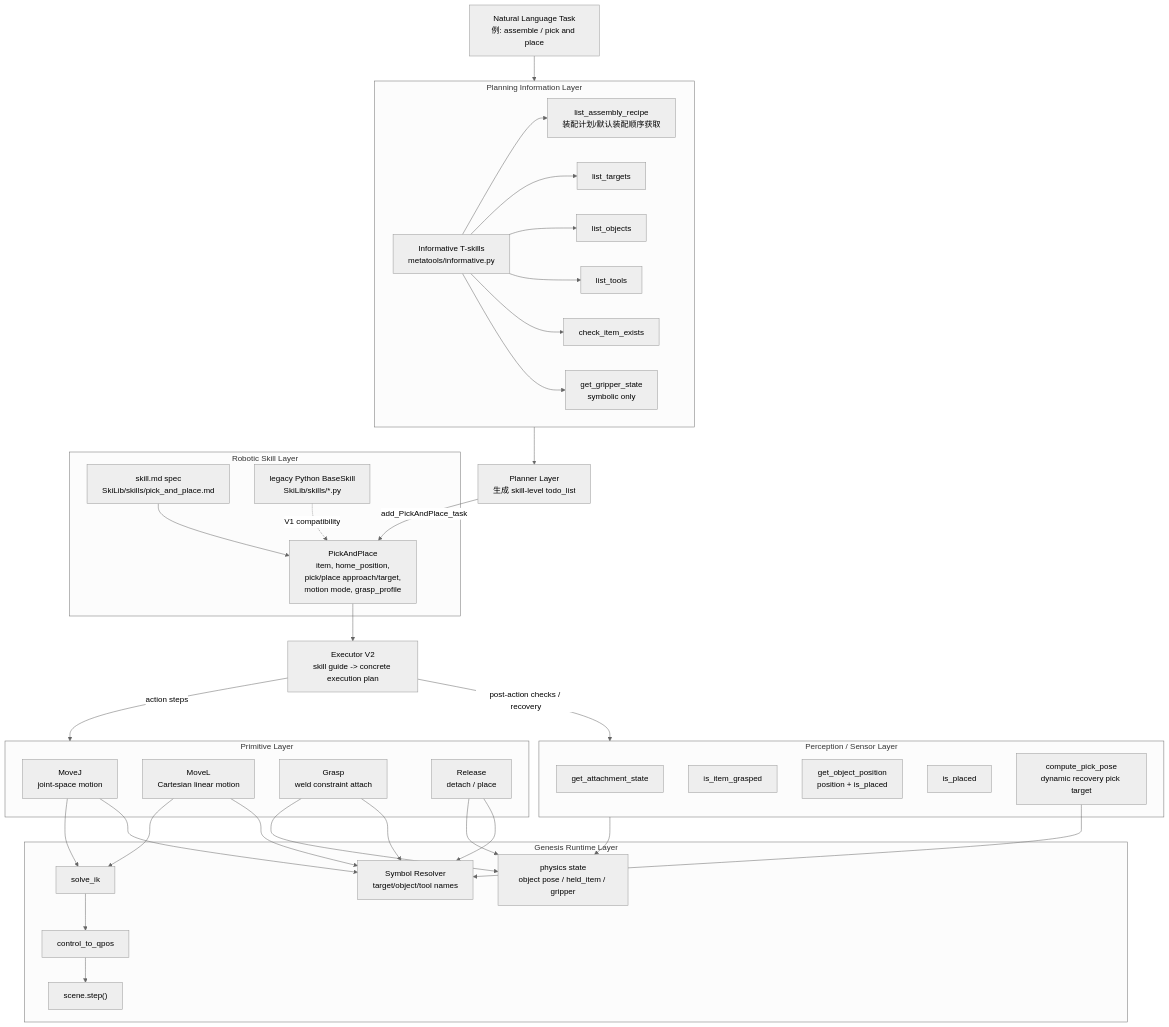
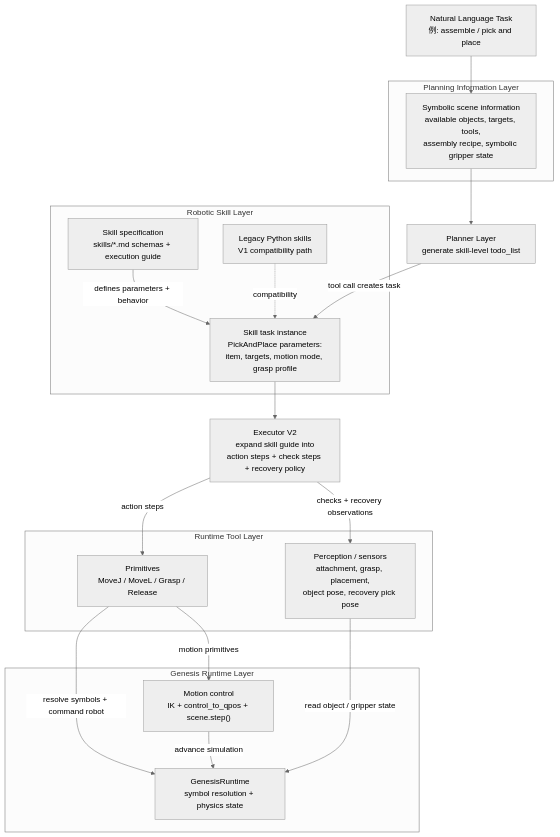
The third of 4 diagrams in PROJECT_MERMAID_SUMMARY.md (SniperPigeon/RoboSkiAgent), drawn with Mermaid (neutral theme) before and after one commit. The commit also changed other lines of this file, not shown here.

````diff
--- a/PROJECT_MERMAID_SUMMARY.md
+++ b/PROJECT_MERMAID_SUMMARY.md
@@ -140,76 +91,40 @@
 ```mermaid
 flowchart TB
-    NL["Natural Language Task<br/>例: assemble / pick and place"] --> SupLayer
+    NL["Natural Language Task<br/>例: assemble / pick and place"] --> PlanningInfo
 
-    subgraph SupLayer["Planning Information Layer"]
-        Meta["Informative T-skills<br/>metatools/informative.py"]
-        ListRecipe["list_assembly_recipe<br/>装配计划/默认装配顺序获取"]
-        ListTargets["list_targets"]
-        ListObjects["list_objects"]
-        ListTools["list_tools"]
-        CheckExists["check_item_exists"]
-        GripStatePlan["get_gripper_state<br/>symbolic only"]
+    subgraph PlanningLayer["Planning Information Layer"]
+        PlanningInfo["Symbolic scene information<br/>available objects, targets, tools,<br/>assembly recipe, symbolic gripper state"]
     end
 
-    Meta --> ListRecipe
-    Meta --> ListTargets
-    Meta --> ListObjects
-    Meta --> ListTools
-    Meta --> CheckExists
-    Meta --> GripStatePlan
-
-    SupLayer --> PlannerLayer["Planner Layer<br/>生成 skill-level todo_list"]
+    PlanningInfo --> PlannerLayer["Planner Layer<br/>generate skill-level todo_list"]
 
     subgraph SkillLayer["Robotic Skill Layer"]
-        MdSkill["skill.md spec<br/>SkiLib/skills/pick_and_place.md"]
-        PickPlace["PickAndPlace<br/>item, home_position,<br/>pick/place approach/target,<br/>motion mode, grasp_profile"]
-        PySkill["legacy Python BaseSkill<br/>SkiLib/skills/*.py"]
+        SkillSpec["Skill specification<br/>skills/*.md schemas + execution guide"]
+        SkillTask["Skill task instance<br/>PickAndPlace parameters:<br/>item, targets, motion mode, grasp profile"]
+        LegacySkill["Legacy Python skills<br/>V1 compatibility path"]
     end
 
-    PlannerLayer -->|"add_PickAndPlace_task"| PickPlace
-    MdSkill --> PickPlace
-    PySkill -.->|"V1 compatibility"| PickPlace
+    PlannerLayer -->|"tool call creates task"| SkillTask
+    SkillSpec -->|"defines parameters + behavior"| SkillTask
+    LegacySkill -.->|"compatibility"| SkillTask
 
-    PickPlace --> ExecLayer["Executor V2<br/>skill guide -> concrete execution plan"]
+    SkillTask --> ExecLayer["Executor V2<br/>expand skill guide into<br/>action steps + check steps + recovery policy"]
 
-    subgraph PerceptionLayer["Perception / Sensor Layer"]
-        Attach["get_attachment_state"]
-        IsGrasped["is_item_grasped"]
-        ObjPos["get_object_position<br/>position + is_placed"]
-        IsPlaced["is_placed"]
-        PickPose["compute_pick_pose<br/>dynamic recovery pick target"]
+    subgraph RuntimeToolLayer["Runtime Tool Layer"]
+        Perception["Perception / sensors<br/>attachment, grasp, placement,<br/>object pose, recovery pick pose"]
+        Primitives["Primitives<br/>MoveJ / MoveL / Grasp / Release"]
     end
 
-    ExecLayer -->|"post-action checks / recovery"| PerceptionLayer
+    ExecLayer -->|"action steps"| Primitives
+    ExecLayer -->|"checks + recovery observations"| Perception
 
-    subgraph PrimitiveLayer["Primitive Layer"]
-        MoveJ["MoveJ<br/>joint-space motion"]
-        MoveL["MoveL<br/>Cartesian linear motion"]
-        Grasp["Grasp<br/>weld constraint attach"]
-        Release["Release<br/>detach / place"]
+    subgraph GenesisLayer["Genesis Runtime Layer"]
+        Runtime["GenesisRuntime<br/>symbol resolution + physics state"]
+        Motion["Motion control<br/>IK + control_to_qpos + scene.step()"]
     end
 
-    ExecLayer -->|"action steps"| PrimitiveLayer
-
-    subgraph RuntimeLayer["Genesis Runtime Layer"]
-        Resolver["Symbol Resolver<br/>target/object/tool names"]
-        IK["solve_ik"]
-        Control["control_to_qpos"]
-        State["physics state<br/>object pose / held_item / gripper"]
-        SceneStep["scene.step()"]
-    end
-
-    MoveJ --> Resolver
-    MoveL --> Resolver
-    Grasp --> Resolver
-    Release --> Resolver
-
-    MoveJ --> IK
-    MoveL --> IK
-    IK --> Control
-    Control --> SceneStep
-    Grasp --> State
-    Release --> State
-    PerceptionLayer --> State
-    PickPose --> Resolver
+    Primitives -->|"resolve symbols + command robot"| Runtime
+    Primitives -->|"motion primitives"| Motion
+    Perception -->|"read object / gripper state"| Runtime
+    Motion -->|"advance simulation"| Runtime
 ```
````
